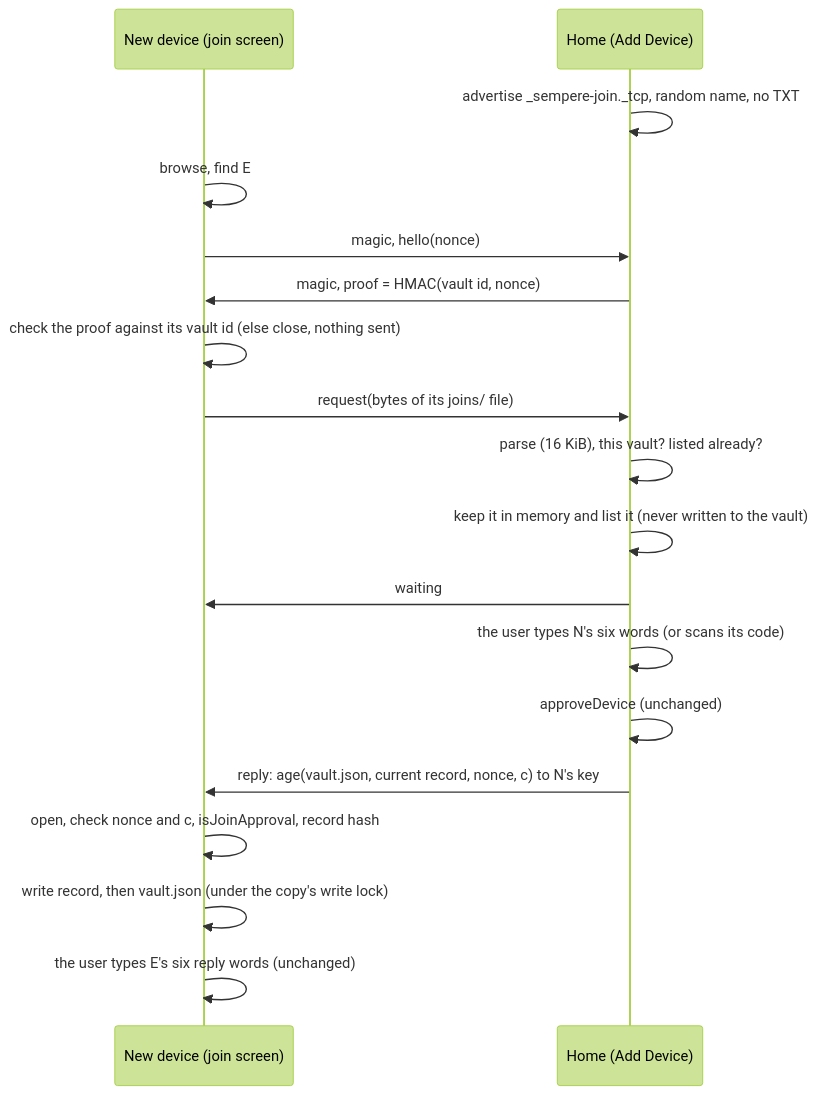
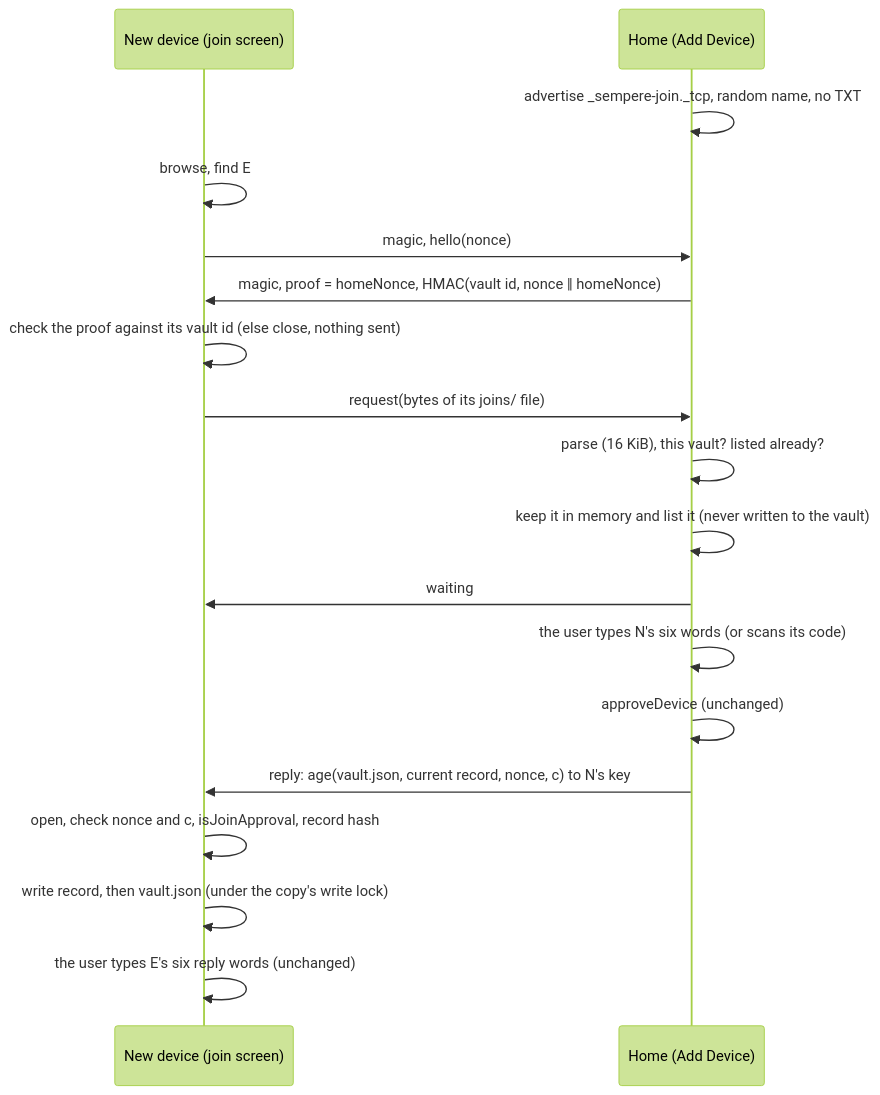
Before and after one commit to anthonytw/sempere: the diagram in docs/design/nearby-join.md, drawn with Mermaid (forest theme). The commit also changed other lines of this file and 57 other files, not shown here.

````diff
--- a/docs/design/nearby-join.md
+++ b/docs/design/nearby-join.md
@@ -38,20 +38,20 @@
 ```mermaid
 sequenceDiagram
     participant N as New device (join screen)
     participant E as Home (Add Device)
     E->>E: advertise _sempere-join._tcp, random name, no TXT
     N->>N: browse, find E
     N->>E: magic, hello(nonce)
-    E->>N: magic, proof = HMAC(vault id, nonce)
+    E->>N: magic, proof = homeNonce, HMAC(vault id, nonce ‖ homeNonce)
     N->>N: check the proof against its vault id (else close, nothing sent)
     N->>E: request(bytes of its joins/ file)
     E->>E: parse (16 KiB), this vault? listed already?
     E->>E: keep it in memory and list it (never written to the vault)
     E->>N: waiting
     E->>E: the user types N's six words (or scans its code)
     E->>E: approveDevice (unchanged)
     E->>N: reply: age(vault.json, current record, nonce, c) to N's key
     N->>N: open, check nonce and c, isJoinApproval, record hash
     N->>N: write record, then vault.json (under the copy's write lock)
     N->>N: the user types E's six reply words (unchanged)
 ```
````
